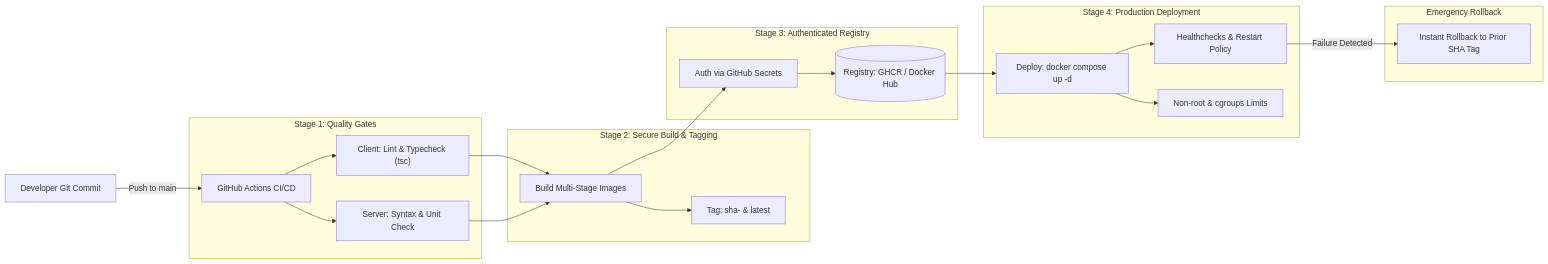
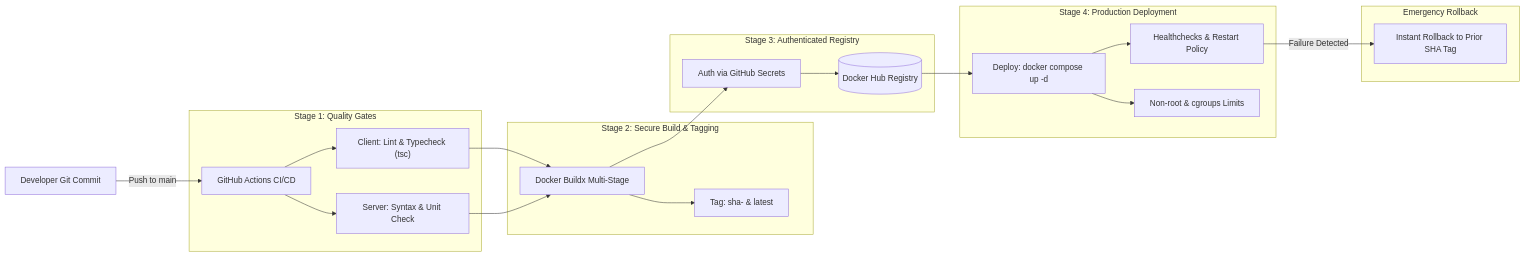
The second of 2 diagrams in README.md (Hasibul-Islam-Shanto/3-days-docker), drawn with Mermaid before and after one commit. The commit also changed other lines of this file and 1 other file, not shown here.

````diff
--- a/README.md
+++ b/README.md
@@ -290,30 +312,30 @@
 ```mermaid
 flowchart LR
     Dev["Developer Git Commit"] -->|Push to main| GHA["GitHub Actions CI/CD"]
-    
+
     subgraph "Stage 1: Quality Gates"
         GHA --> CheckClient["Client: Lint & Typecheck (tsc)"]
         GHA --> CheckServer["Server: Syntax & Unit Check"]
     end
 
     subgraph "Stage 2: Secure Build & Tagging"
-        CheckClient --> DockerBuild["Build Multi-Stage Images"]
+        CheckClient --> DockerBuild["Docker Buildx Multi-Stage"]
         CheckServer --> DockerBuild
         DockerBuild --> Tagging["Tag: sha-<git-sha> & latest"]
     end
 
     subgraph "Stage 3: Authenticated Registry"
         DockerBuild --> RegistryAuth["Auth via GitHub Secrets"]
-        RegistryAuth --> Registry[("Registry: GHCR / Docker Hub")]
+        RegistryAuth --> Registry[("Docker Hub Registry")]
     end
 
     subgraph "Stage 4: Production Deployment"
         Registry --> Deploy["Deploy: docker compose up -d"]
         Deploy --> HealthMonitor["Healthchecks & Restart Policy"]
         Deploy --> Hardening["Non-root & cgroups Limits"]
     end
 
     subgraph "Emergency Rollback"
         HealthMonitor -->|Failure Detected| Rollback["Instant Rollback to Prior SHA Tag"]
     end
 ```
````
